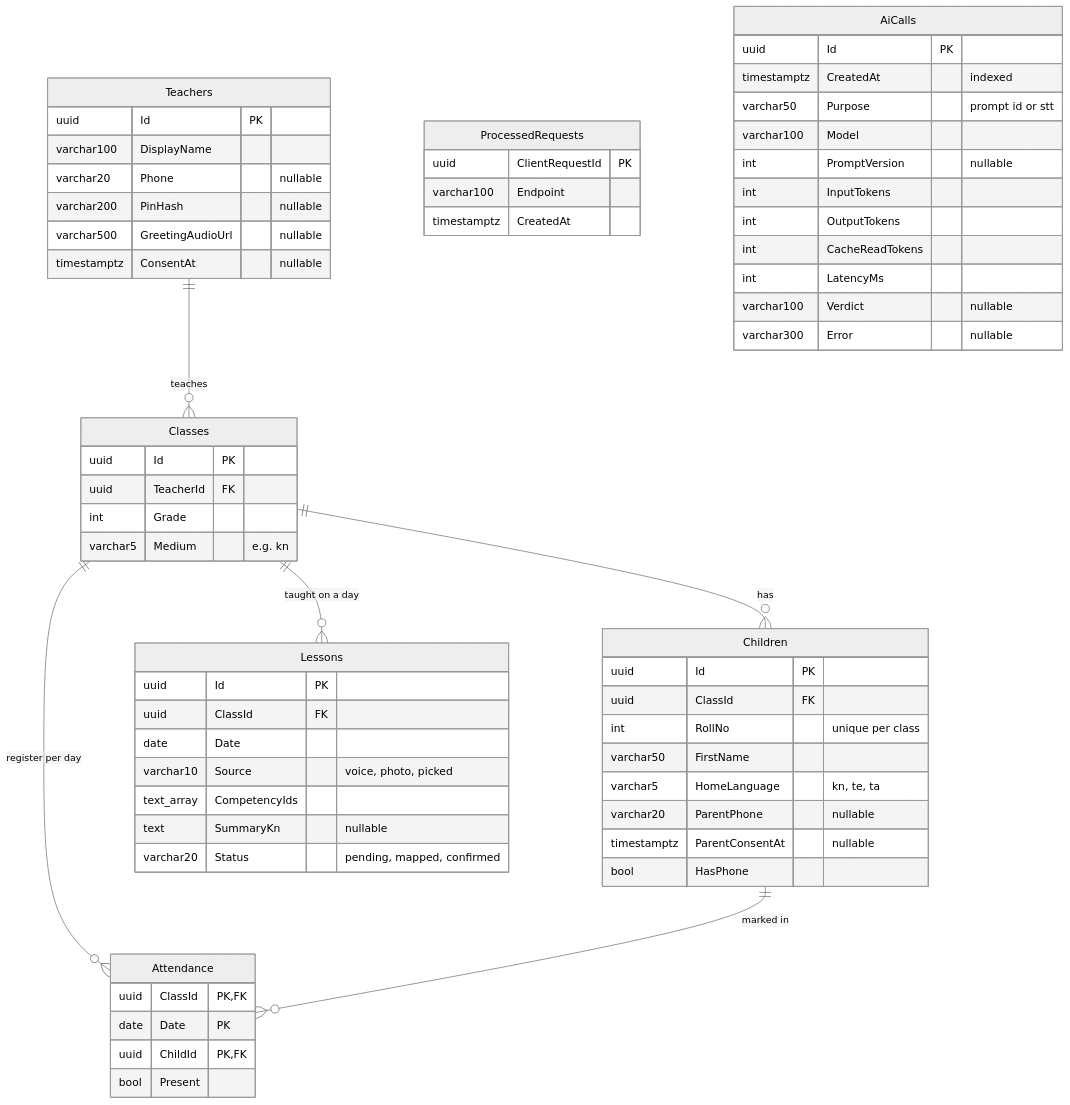
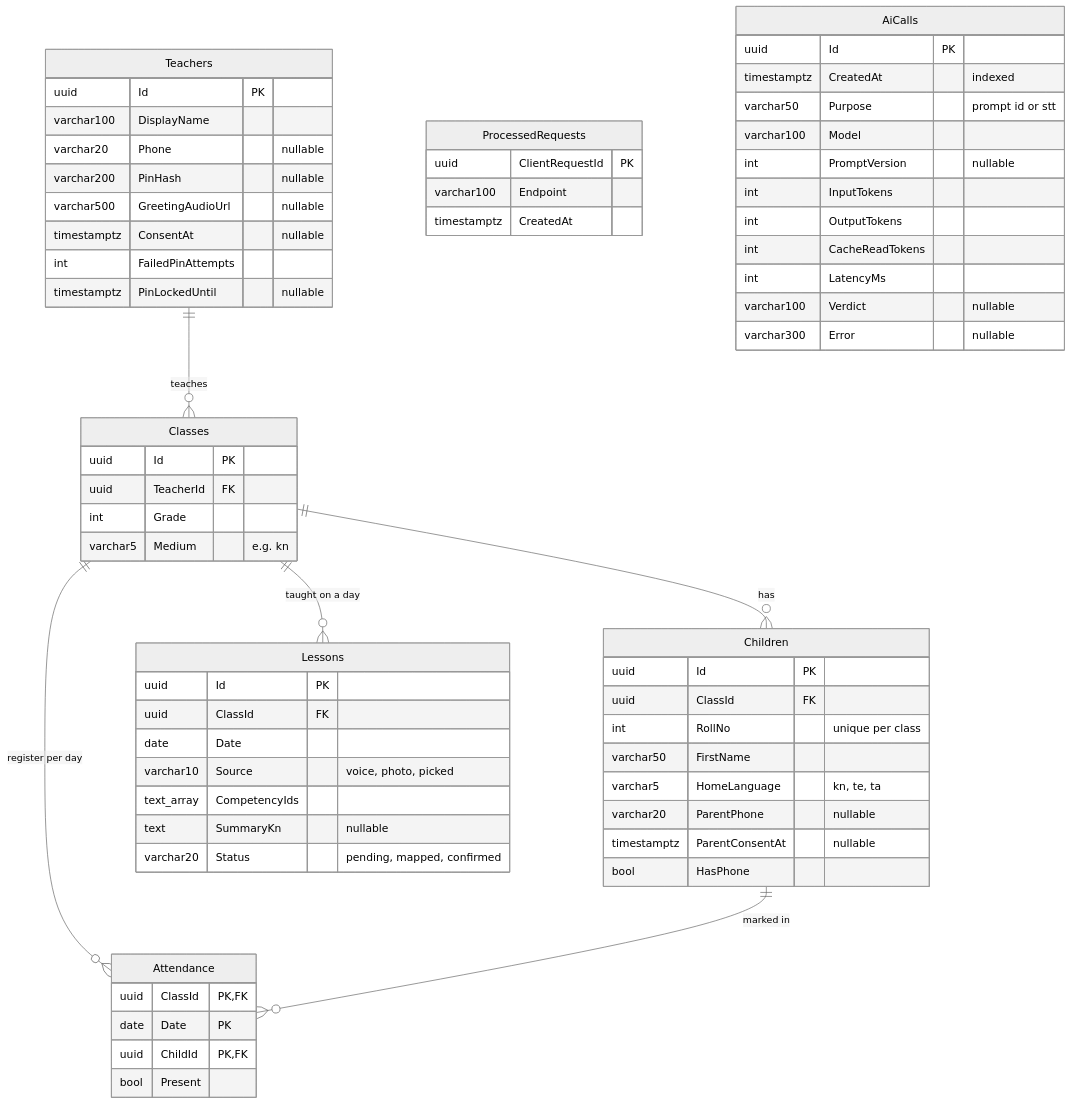
One commit to rahul-oswal07/slate-ai changed the first of 2 diagrams in docs/database.md. Above: the diagram before and after it, drawn with Mermaid (neutral theme). The commit also changed other lines of this file and 56 other files, not shown here.

````diff
--- a/docs/database.md
+++ b/docs/database.md
@@ -13,66 +13,68 @@
 ```mermaid
 erDiagram
     Teachers ||--o{ Classes : teaches
     Classes ||--o{ Children : has
     Classes ||--o{ Attendance : "register per day"
     Children ||--o{ Attendance : "marked in"
     Classes ||--o{ Lessons : "taught on a day"
 
     Teachers {
         uuid Id PK
         varchar100 DisplayName
         varchar20 Phone "nullable"
         varchar200 PinHash "nullable"
         varchar500 GreetingAudioUrl "nullable"
         timestamptz ConsentAt "nullable"
+        int FailedPinAttempts
+        timestamptz PinLockedUntil "nullable"
     }
     Classes {
         uuid Id PK
         uuid TeacherId FK
         int Grade
         varchar5 Medium "e.g. kn"
     }
     Children {
         uuid Id PK
         uuid ClassId FK
         int RollNo "unique per class"
         varchar50 FirstName
         varchar5 HomeLanguage "kn, te, ta"
         varchar20 ParentPhone "nullable"
         timestamptz ParentConsentAt "nullable"
         bool HasPhone
     }
     Attendance {
         uuid ClassId PK,FK
         date Date PK
         uuid ChildId PK,FK
         bool Present
     }
     Lessons {
         uuid Id PK
         uuid ClassId FK
         date Date
         varchar10 Source "voice, photo, picked"
         text_array CompetencyIds
         text SummaryKn "nullable"
         varchar20 Status "pending, mapped, confirmed"
     }
     ProcessedRequests {
         uuid ClientRequestId PK
         varchar100 Endpoint
         timestamptz CreatedAt
     }
     AiCalls {
         uuid Id PK
         timestamptz CreatedAt "indexed"
         varchar50 Purpose "prompt id or stt"
         varchar100 Model
         int PromptVersion "nullable"
         int InputTokens
         int OutputTokens
         int CacheReadTokens
         int LatencyMs
         varchar100 Verdict "nullable"
         varchar300 Error "nullable"
     }
 ```
````
